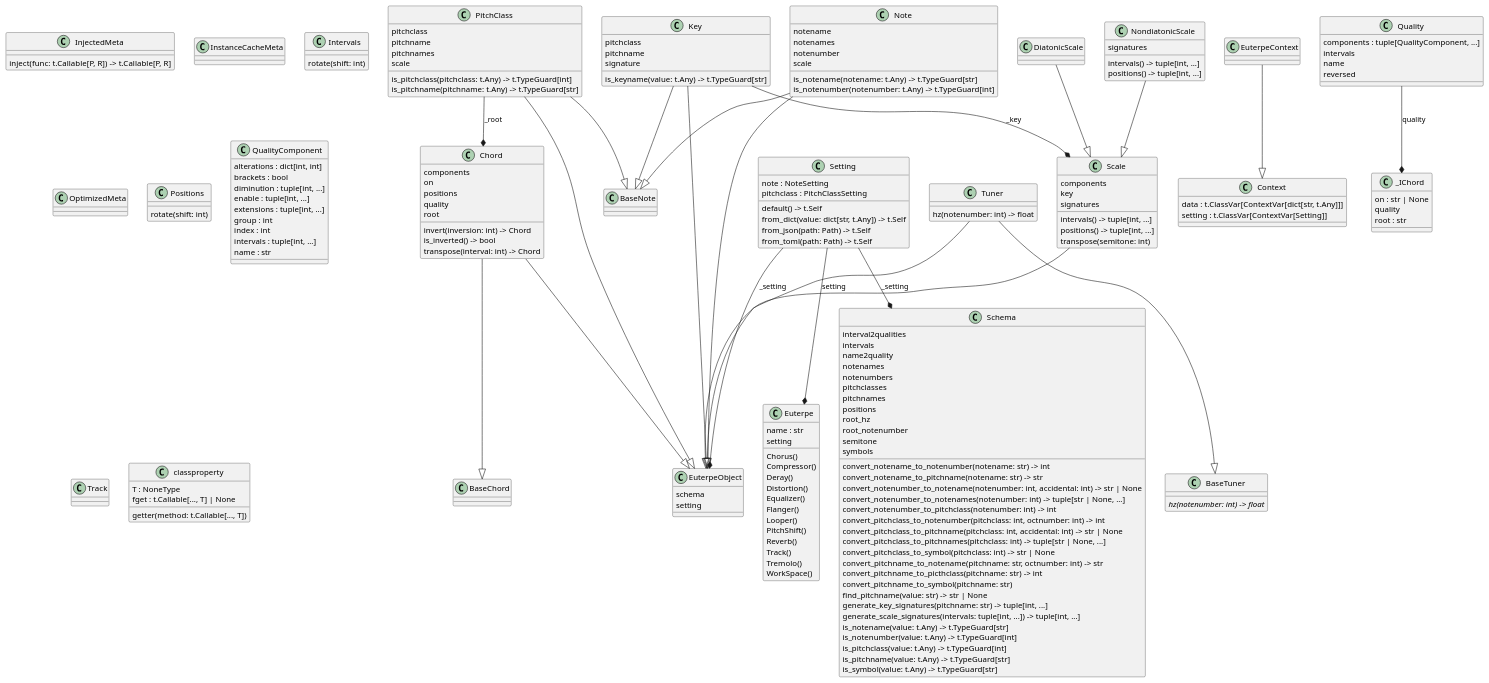
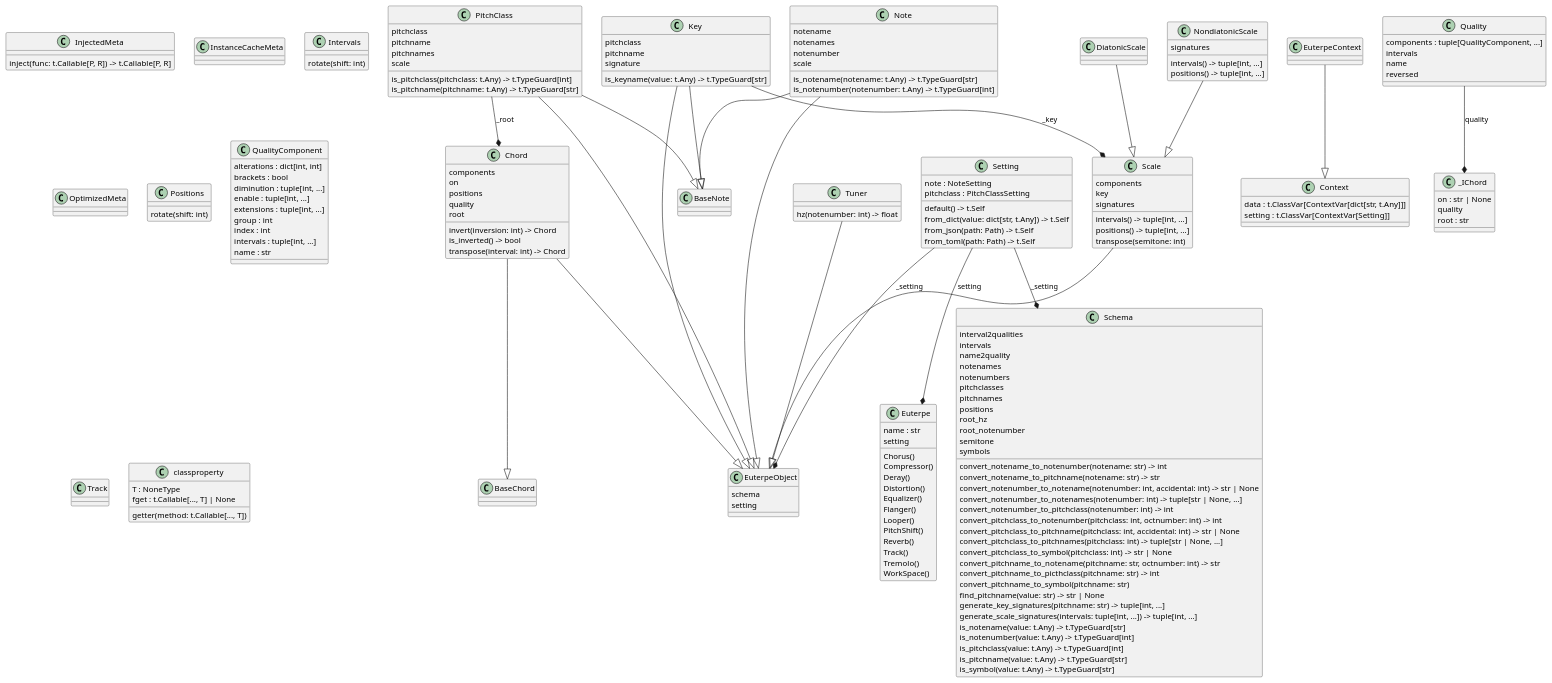
Before and after one commit to Oujox/aulos: the diagram in documents/design/class-diagram/classes.puml, drawn with PlantUML. The commit also changed 6 other files, not shown here.

```diff
--- a/documents/design/class-diagram/classes.puml
+++ b/documents/design/class-diagram/classes.puml
@@ -1,190 +1,186 @@
 @startuml classes
 set namespaceSeparator none
 class "BaseChord" as euterpe.chord._base.BaseChord {
 }
 class "BaseNote" as euterpe.note._base.BaseNote {
-}
-class "BaseTuner" as euterpe.tuner._base.BaseTuner {
-  {abstract}hz(notenumber: int) -> float
 }
 class "Chord" as euterpe.chord.chord.Chord {
   components
   on
   positions
   quality
   root
   invert(inversion: int) -> Chord
   is_inverted() -> bool
   transpose(interval: int) -> Chord
 }
 class "Context" as euterpe._core.framework.context.Context {
   data : t.ClassVar[ContextVar[dict[str, t.Any]]]
   setting : t.ClassVar[ContextVar[Setting]]
 }
 class "DiatonicScale" as euterpe.scale.diatonic.DiatonicScale {
 }
 class "Euterpe" as euterpe.utils.euterpe.Euterpe {
   name : str
   setting
   Chorus()
   Compressor()
   Deray()
   Distortion()
   Equalizer()
   Flanger()
   Looper()
   PitchShift()
   Reverb()
   Track()
   Tremolo()
   WorkSpace()
 }
 class "EuterpeContext" as euterpe.utils.context.EuterpeContext {
 }
 class "EuterpeObject" as euterpe._core.object.EuterpeObject {
   schema
   setting
 }
 class "InjectedMeta" as euterpe._core.framework.inject.InjectedMeta {
   inject(func: t.Callable[P, R]) -> t.Callable[P, R]
 }
 class "InstanceCacheMeta" as euterpe._core.framework.instancecache.InstanceCacheMeta {
 }
 class "Intervals" as euterpe._core.utils.interval.Intervals {
   rotate(shift: int)
 }
 class "Key" as euterpe.note.key.Key {
   pitchclass
   pitchname
   signature
   is_keyname(value: t.Any) -> t.TypeGuard[str]
 }
 class "NondiatonicScale" as euterpe.scale.diatonic.NondiatonicScale {
   signatures
   intervals() -> tuple[int, ...]
   positions() -> tuple[int, ...]
 }
 class "Note" as euterpe.note.note.Note {
   notename
   notenames
   notenumber
   scale
   is_notename(notename: t.Any) -> t.TypeGuard[str]
   is_notenumber(notenumber: t.Any) -> t.TypeGuard[int]
 }
 class "OptimizedMeta" as euterpe._core.framework.optimize.OptimizedMeta {
 }
 class "PitchClass" as euterpe.note.pitchclass.PitchClass {
   pitchclass
   pitchname
   pitchnames
   scale
   is_pitchclass(pitchclass: t.Any) -> t.TypeGuard[int]
   is_pitchname(pitchname: t.Any) -> t.TypeGuard[str]
 }
 class "Positions" as euterpe._core.utils.interval.Positions {
   rotate(shift: int)
 }
 class "Quality" as euterpe.chord.quality.Quality {
   components : tuple[QualityComponent, ...]
   intervals
   name
   reversed
 }
 class "QualityComponent" as euterpe.chord.quality.QualityComponent {
   alterations : dict[int, int]
   brackets : bool
   diminution : tuple[int, ...]
   enable : tuple[int, ...]
   extensions : tuple[int, ...]
   group : int
   index : int
   intervals : tuple[int, ...]
   name : str
 }
 class "Scale" as euterpe.scale.scale.Scale {
   components
   key
   signatures
   intervals() -> tuple[int, ...]
   positions() -> tuple[int, ...]
   transpose(semitone: int)
 }
 class "Schema" as euterpe._core.schema.Schema {
   interval2qualities
   intervals
   name2quality
   notenames
   notenumbers
   pitchclasses
   pitchnames
   positions
   root_hz
   root_notenumber
   semitone
   symbols
   convert_notename_to_notenumber(notename: str) -> int
   convert_notename_to_pitchname(notename: str) -> str
   convert_notenumber_to_notename(notenumber: int, accidental: int) -> str | None
   convert_notenumber_to_notenames(notenumber: int) -> tuple[str | None, ...]
   convert_notenumber_to_pitchclass(notenumber: int) -> int
   convert_pitchclass_to_notenumber(pitchclass: int, octnumber: int) -> int
   convert_pitchclass_to_pitchname(pitchclass: int, accidental: int) -> str | None
   convert_pitchclass_to_pitchnames(pitchclass: int) -> tuple[str | None, ...]
   convert_pitchclass_to_symbol(pitchclass: int) -> str | None
   convert_pitchname_to_notename(pitchname: str, octnumber: int) -> str
   convert_pitchname_to_picthclass(pitchname: str) -> int
   convert_pitchname_to_symbol(pitchname: str)
   find_pitchname(value: str) -> str | None
   generate_key_signatures(pitchname: str) -> tuple[int, ...]
   generate_scale_signatures(intervals: tuple[int, ...]) -> tuple[int, ...]
   is_notename(value: t.Any) -> t.TypeGuard[str]
   is_notenumber(value: t.Any) -> t.TypeGuard[int]
   is_pitchclass(value: t.Any) -> t.TypeGuard[int]
   is_pitchname(value: t.Any) -> t.TypeGuard[str]
   is_symbol(value: t.Any) -> t.TypeGuard[str]
 }
 class "Setting" as euterpe._core.setting.Setting {
   note : NoteSetting
   pitchclass : PitchClassSetting
   default() -> t.Self
   from_dict(value: dict[str, t.Any]) -> t.Self
   from_json(path: Path) -> t.Self
   from_toml(path: Path) -> t.Self
 }
 class "Track" as euterpe.utils.track.Track {
 }
 class "Tuner" as euterpe.tuner.tuner.Tuner {
   hz(notenumber: int) -> float
 }
 class "_IChord" as euterpe.chord.chord._IChord {
   on : str | None
   quality
   root : str
 }
 class "classproperty" as euterpe._core.utils.decorators.classproperty {
   T : NoneType
   fget : t.Callable[..., T] | None
   getter(method: t.Callable[..., T])
 }
 euterpe.chord.chord.Chord --|> euterpe._core.object.EuterpeObject
 euterpe.chord.chord.Chord --|> euterpe.chord._base.BaseChord
 euterpe.note.key.Key --|> euterpe._core.object.EuterpeObject
 euterpe.note.key.Key --|> euterpe.note._base.BaseNote
 euterpe.note.note.Note --|> euterpe._core.object.EuterpeObject
 euterpe.note.note.Note --|> euterpe.note._base.BaseNote
 euterpe.note.pitchclass.PitchClass --|> euterpe._core.object.EuterpeObject
 euterpe.note.pitchclass.PitchClass --|> euterpe.note._base.BaseNote
 euterpe.scale.diatonic.DiatonicScale --|> euterpe.scale.scale.Scale
 euterpe.scale.diatonic.NondiatonicScale --|> euterpe.scale.scale.Scale
 euterpe.scale.scale.Scale --|> euterpe._core.object.EuterpeObject
 euterpe.tuner.tuner.Tuner --|> euterpe._core.object.EuterpeObject
-euterpe.tuner.tuner.Tuner --|> euterpe.tuner._base.BaseTuner
 euterpe.utils.context.EuterpeContext --|> euterpe._core.framework.context.Context
 euterpe._core.setting.Setting --* euterpe._core.object.EuterpeObject : _setting
 euterpe._core.setting.Setting --* euterpe._core.schema.Schema : _setting
 euterpe._core.setting.Setting --* euterpe.utils.euterpe.Euterpe : setting
 euterpe.chord.quality.Quality --* euterpe.chord.chord._IChord : quality
 euterpe.note.key.Key --* euterpe.scale.scale.Scale : _key
 euterpe.note.pitchclass.PitchClass --* euterpe.chord.chord.Chord : _root
 @enduml
```
